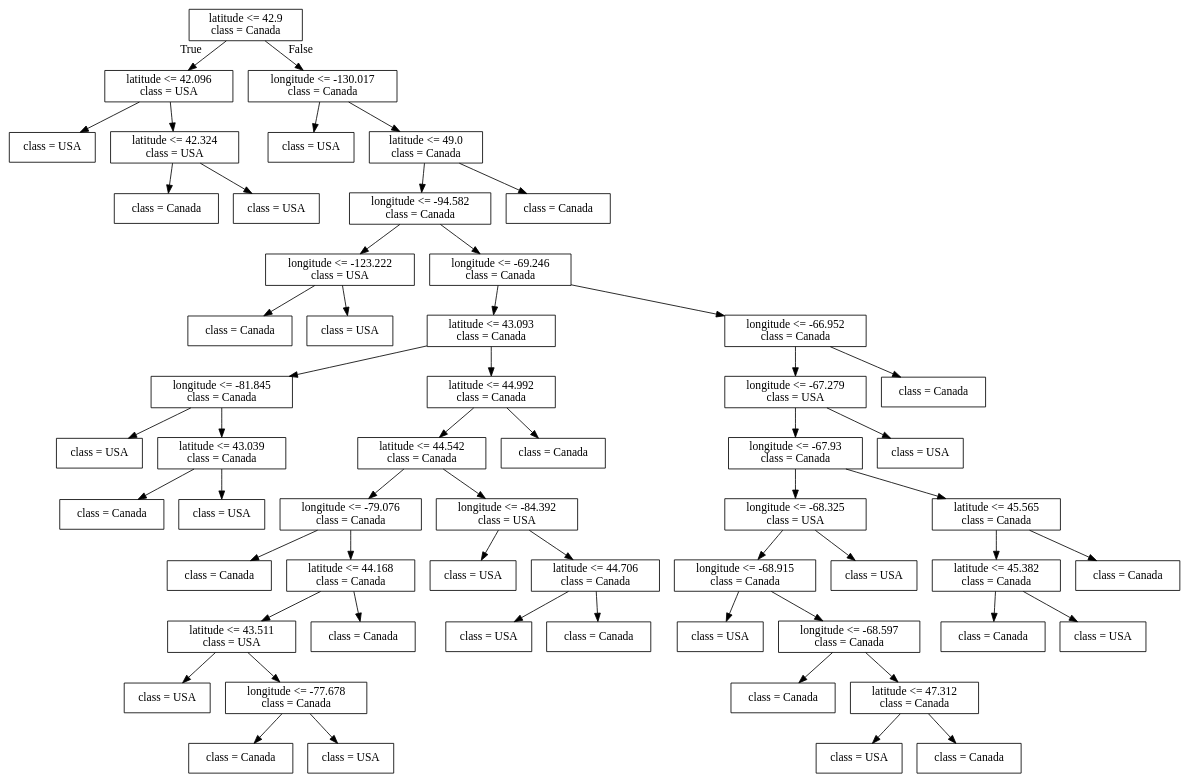
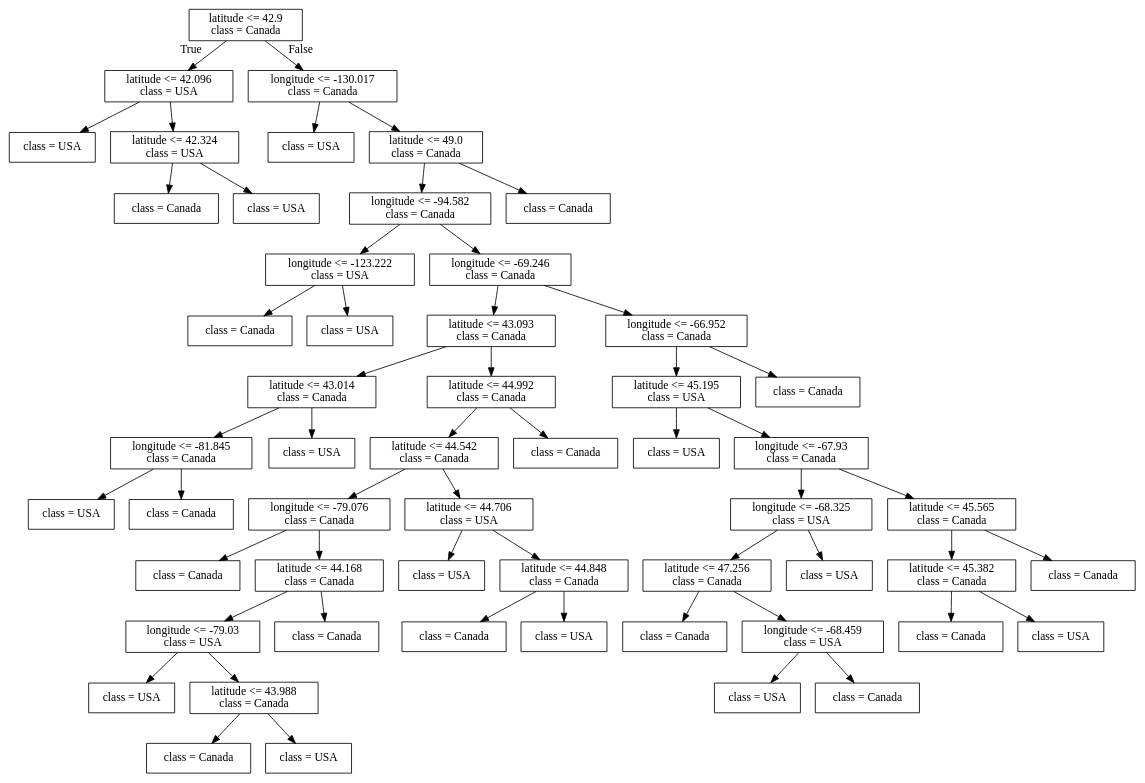
The diagram in lectures/Source.gv (bait509-ubc/BAIT509), drawn with Graphviz before and after one commit. The commit also changed 49 other files, not shown here.

```diff
--- a/lectures/Source.gv
+++ b/lectures/Source.gv
@@ -1,116 +1,112 @@
 digraph Tree {
 node [shape=box] ;
 0 [label="latitude <= 42.9\nclass = Canada"] ;
 1 [label="latitude <= 42.096\nclass = USA"] ;
 0 -> 1 [labeldistance=2.5, labelangle=45, headlabel="True"] ;
 2 [label="class = USA"] ;
 1 -> 2 ;
 3 [label="latitude <= 42.324\nclass = USA"] ;
 1 -> 3 ;
 4 [label="class = Canada"] ;
 3 -> 4 ;
 5 [label="class = USA"] ;
 3 -> 5 ;
 6 [label="longitude <= -130.017\nclass = Canada"] ;
 0 -> 6 [labeldistance=2.5, labelangle=-45, headlabel="False"] ;
 7 [label="class = USA"] ;
 6 -> 7 ;
 8 [label="latitude <= 49.0\nclass = Canada"] ;
 6 -> 8 ;
 9 [label="longitude <= -94.582\nclass = Canada"] ;
 8 -> 9 ;
 10 [label="longitude <= -123.222\nclass = USA"] ;
 9 -> 10 ;
 11 [label="class = Canada"] ;
 10 -> 11 ;
 12 [label="class = USA"] ;
 10 -> 12 ;
 13 [label="longitude <= -69.246\nclass = Canada"] ;
 9 -> 13 ;
 14 [label="latitude <= 43.093\nclass = Canada"] ;
 13 -> 14 ;
-15 [label="longitude <= -81.845\nclass = Canada"] ;
+15 [label="latitude <= 43.014\nclass = Canada"] ;
 14 -> 15 ;
-16 [label="class = USA"] ;
+16 [label="longitude <= -81.845\nclass = Canada"] ;
 15 -> 16 ;
-17 [label="latitude <= 43.039\nclass = Canada"] ;
-15 -> 17 ;
+17 [label="class = USA"] ;
+16 -> 17 ;
 18 [label="class = Canada"] ;
-17 -> 18 ;
+16 -> 18 ;
 19 [label="class = USA"] ;
-17 -> 19 ;
+15 -> 19 ;
 20 [label="latitude <= 44.992\nclass = Canada"] ;
 14 -> 20 ;
 21 [label="latitude <= 44.542\nclass = Canada"] ;
 20 -> 21 ;
 22 [label="longitude <= -79.076\nclass = Canada"] ;
 21 -> 22 ;
 23 [label="class = Canada"] ;
 22 -> 23 ;
 24 [label="latitude <= 44.168\nclass = Canada"] ;
 22 -> 24 ;
-25 [label="latitude <= 43.511\nclass = USA"] ;
+25 [label="longitude <= -79.03\nclass = USA"] ;
 24 -> 25 ;
 26 [label="class = USA"] ;
 25 -> 26 ;
-27 [label="longitude <= -77.678\nclass = Canada"] ;
+27 [label="latitude <= 43.988\nclass = Canada"] ;
 25 -> 27 ;
 28 [label="class = Canada"] ;
 27 -> 28 ;
 29 [label="class = USA"] ;
 27 -> 29 ;
 30 [label="class = Canada"] ;
 24 -> 30 ;
-31 [label="longitude <= -84.392\nclass = USA"] ;
+31 [label="latitude <= 44.706\nclass = USA"] ;
 21 -> 31 ;
 32 [label="class = USA"] ;
 31 -> 32 ;
-33 [label="latitude <= 44.706\nclass = Canada"] ;
+33 [label="latitude <= 44.848\nclass = Canada"] ;
 31 -> 33 ;
-34 [label="class = USA"] ;
+34 [label="class = Canada"] ;
 33 -> 34 ;
-35 [label="class = Canada"] ;
+35 [label="class = USA"] ;
 33 -> 35 ;
 36 [label="class = Canada"] ;
 20 -> 36 ;
 37 [label="longitude <= -66.952\nclass = Canada"] ;
 13 -> 37 ;
-38 [label="longitude <= -67.279\nclass = USA"] ;
+38 [label="latitude <= 45.195\nclass = USA"] ;
 37 -> 38 ;
-39 [label="longitude <= -67.93\nclass = Canada"] ;
+39 [label="class = USA"] ;
 38 -> 39 ;
-40 [label="longitude <= -68.325\nclass = USA"] ;
-39 -> 40 ;
-41 [label="longitude <= -68.915\nclass = Canada"] ;
+40 [label="longitude <= -67.93\nclass = Canada"] ;
+38 -> 40 ;
+41 [label="longitude <= -68.325\nclass = USA"] ;
 40 -> 41 ;
-42 [label="class = USA"] ;
+42 [label="latitude <= 47.256\nclass = Canada"] ;
 41 -> 42 ;
-43 [label="longitude <= -68.597\nclass = Canada"] ;
-41 -> 43 ;
-44 [label="class = Canada"] ;
-43 -> 44 ;
-45 [label="latitude <= 47.312\nclass = Canada"] ;
-43 -> 45 ;
-46 [label="class = USA"] ;
-45 -> 46 ;
-47 [label="class = Canada"] ;
-45 -> 47 ;
-48 [label="class = USA"] ;
+43 [label="class = Canada"] ;
+42 -> 43 ;
+44 [label="longitude <= -68.459\nclass = USA"] ;
+42 -> 44 ;
+45 [label="class = USA"] ;
+44 -> 45 ;
+46 [label="class = Canada"] ;
+44 -> 46 ;
+47 [label="class = USA"] ;
+41 -> 47 ;
+48 [label="latitude <= 45.565\nclass = Canada"] ;
 40 -> 48 ;
-49 [label="latitude <= 45.565\nclass = Canada"] ;
-39 -> 49 ;
-50 [label="latitude <= 45.382\nclass = Canada"] ;
+49 [label="latitude <= 45.382\nclass = Canada"] ;
+48 -> 49 ;
+50 [label="class = Canada"] ;
 49 -> 50 ;
-51 [label="class = Canada"] ;
-50 -> 51 ;
-52 [label="class = USA"] ;
-50 -> 52 ;
+51 [label="class = USA"] ;
+49 -> 51 ;
+52 [label="class = Canada"] ;
+48 -> 52 ;
 53 [label="class = Canada"] ;
-49 -> 53 ;
-54 [label="class = USA"] ;
-38 -> 54 ;
-55 [label="class = Canada"] ;
-37 -> 55 ;
-56 [label="class = Canada"] ;
-8 -> 56 ;
+37 -> 53 ;
+54 [label="class = Canada"] ;
+8 -> 54 ;
 }
```
